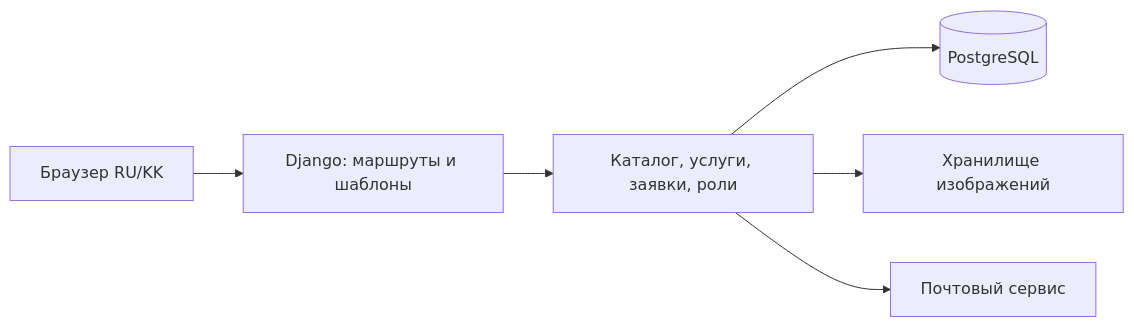
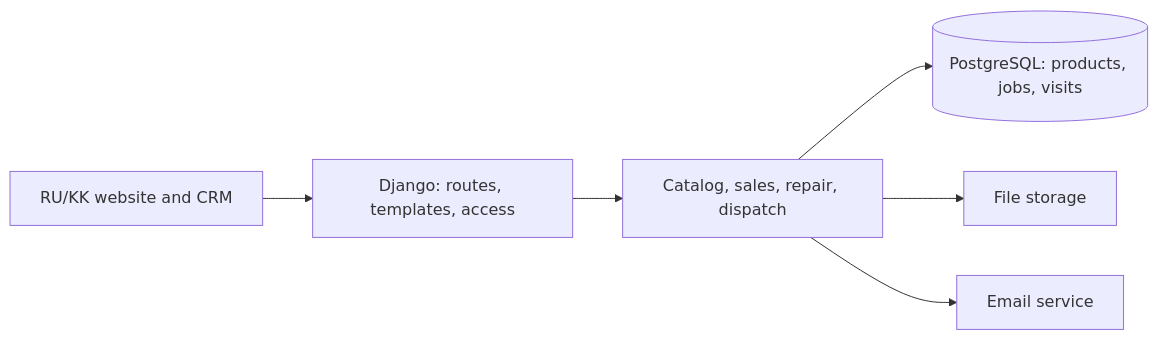
Before and after one commit to Gapo-7/DIPLOMA: the diagram in docs/diagrams/components.mmd, drawn with Mermaid. The commit also changed 9 other files, not shown here.

Commit message:
Revise pre-defence materials for website and CRM scope

```diff
--- a/docs/diagrams/components.mmd
+++ b/docs/diagrams/components.mmd
@@ -1,6 +1,6 @@
 flowchart LR
-  Browser[Браузер RU/KK] --> Web[Django: маршруты и шаблоны]
-  Web --> Domain[Каталог, услуги, заявки, роли]
-  Domain --> DB[(PostgreSQL)]
-  Domain --> Files[Хранилище изображений]
-  Domain --> Mail[Почтовый сервис]
+  Browser[RU/KK website and CRM] --> Web[Django: routes, templates, access]
+  Web --> Domain[Catalog, sales, repair, dispatch]
+  Domain --> DB[(PostgreSQL: products, jobs, visits)]
+  Domain --> Files[File storage]
+  Domain --> Mail[Email service]
```
